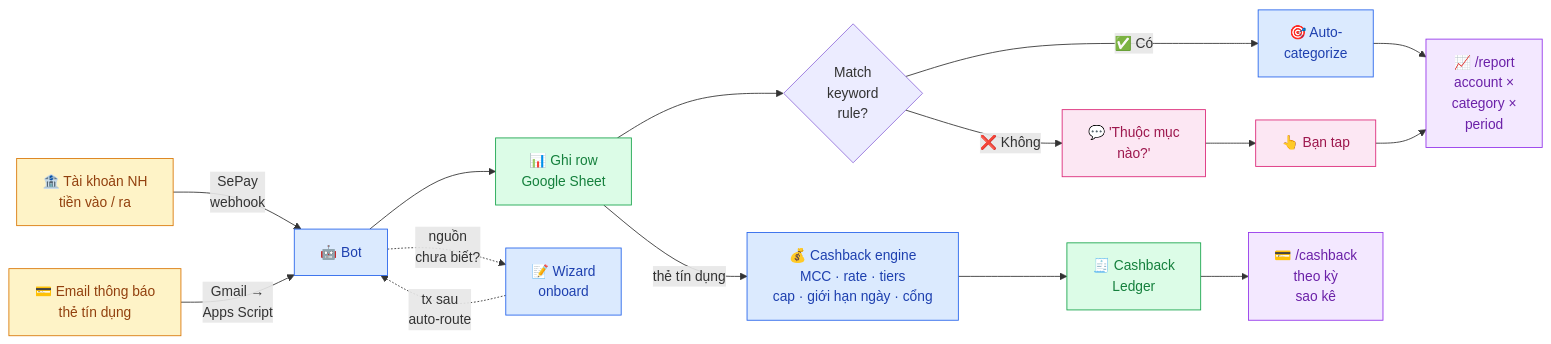
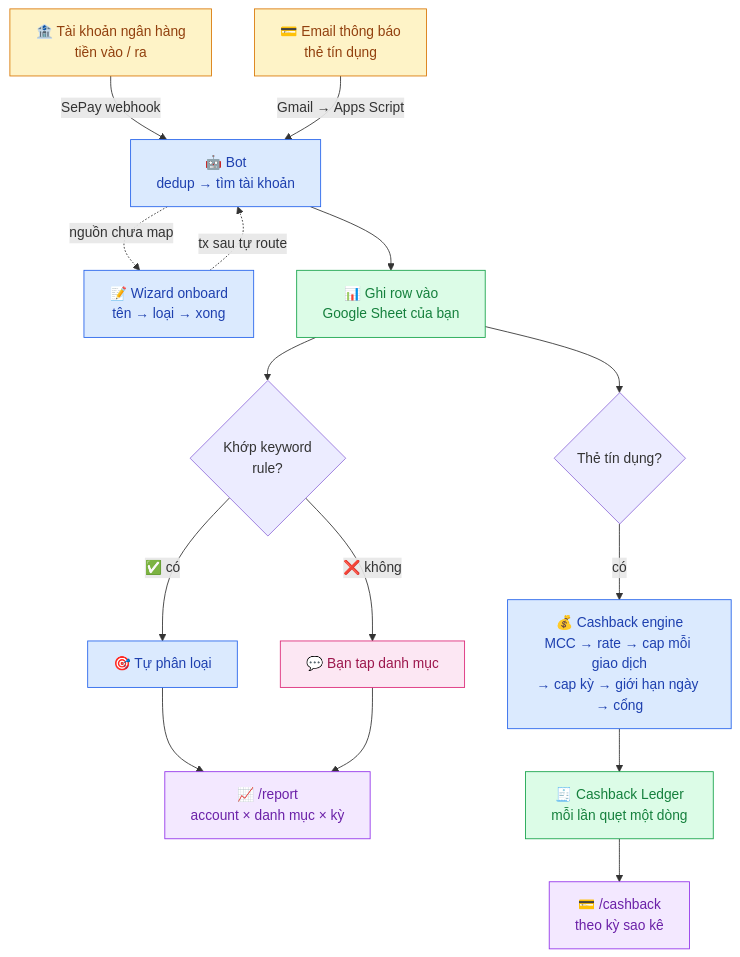
The diagram in README.vi.md (maingocanh1702/my-money-went-bot), drawn with Mermaid before and after one commit. The commit also changed other lines of this file and 46 other files, not shown here.

````diff
--- a/README.vi.md
+++ b/README.vi.md
@@ -30,29 +30,28 @@
 ```mermaid
-flowchart LR
-    A[🏦 Tài khoản NH<br/>tiền vào / ra] -->|SePay<br/>webhook| B[🤖 Bot]
-    A2[💳 Email thông báo<br/>thẻ tín dụng] -->|Gmail →<br/>Apps Script| B
-    B --> C[📊 Ghi row<br/>Google Sheet]
-    C --> D{Match<br/>keyword<br/>rule?}
-    D -->|✅ Có| E[🎯 Auto-<br/>categorize]
-    D -->|❌ Không| F[💬 'Thuộc mục<br/>nào?']
-    F --> G[👆 Bạn tap]
-    E --> H[📈 /report<br/>account ×<br/>category ×<br/>period]
-    G --> H
-    C -->|thẻ tín dụng| K[💰 Cashback engine<br/>MCC · rate · tiers<br/>cap · giới hạn ngày · cổng]
-    K --> L[🧾 Cashback<br/>Ledger]
-    L --> M[💳 /cashback<br/>theo kỳ<br/>sao kê]
-
-    B -. nguồn<br/>chưa biết? .-> I[📝 Wizard<br/>onboard]
-    I -. tx sau<br/>auto-route .-> B
+flowchart TD
+    A[🏦 Tài khoản ngân hàng<br/>tiền vào / ra] -->|SePay webhook| B[🤖 Bot<br/>dedup → tìm tài khoản]
+    A2[💳 Email thông báo<br/>thẻ tín dụng] -->|Gmail → Apps Script| B
+    B -.->|nguồn chưa map| I[📝 Wizard onboard<br/>tên → loại → xong]
+    I -.->|tx sau tự route| B
+    B --> C[📊 Ghi row vào<br/>Google Sheet của bạn]
+    C --> D{Khớp keyword<br/>rule?}
+    D -->|✅ có| E[🎯 Tự phân loại]
+    D -->|❌ không| F[💬 Bạn tap danh mục]
+    E --> H[📈 /report<br/>account × danh mục × kỳ]
+    F --> H
+    C --> K{Thẻ tín dụng?}
+    K -->|có| L[💰 Cashback engine<br/>MCC → rate → cap mỗi giao dịch<br/>→ cap kỳ → giới hạn ngày → cổng]
+    L --> M[🧾 Cashback Ledger<br/>mỗi lần quẹt một dòng]
+    M --> N[💳 /cashback<br/>theo kỳ sao kê]
 
     classDef bank fill:#fef3c7,stroke:#d97706,color:#92400e
     classDef bot fill:#dbeafe,stroke:#2563eb,color:#1e40af
     classDef store fill:#dcfce7,stroke:#16a34a,color:#15803d
     classDef user fill:#fce7f3,stroke:#db2777,color:#9d174d
     classDef out fill:#f3e8ff,stroke:#9333ea,color:#6b21a8
     class A,A2 bank
-    class B,E,I,K bot
-    class C,L store
-    class F,G user
-    class H,M out
+    class B,E,I,L bot
+    class C,M store
+    class F user
+    class H,N out
 ```
````
